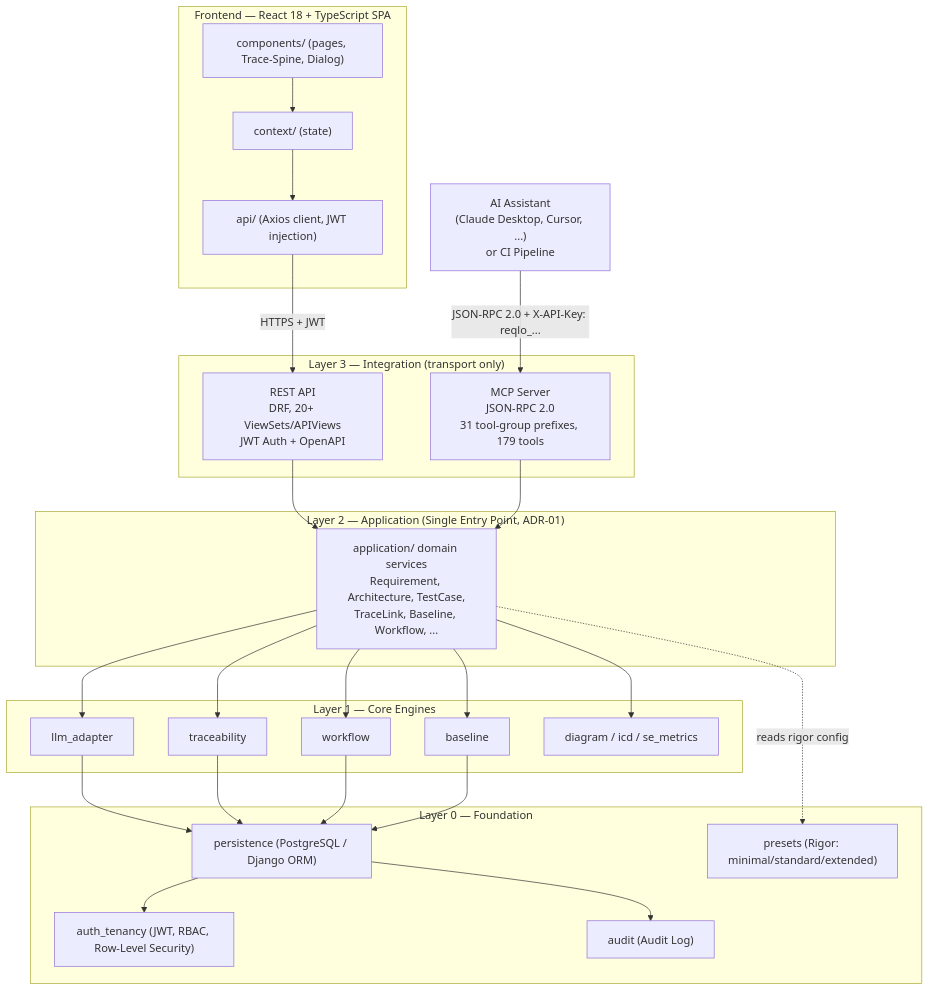
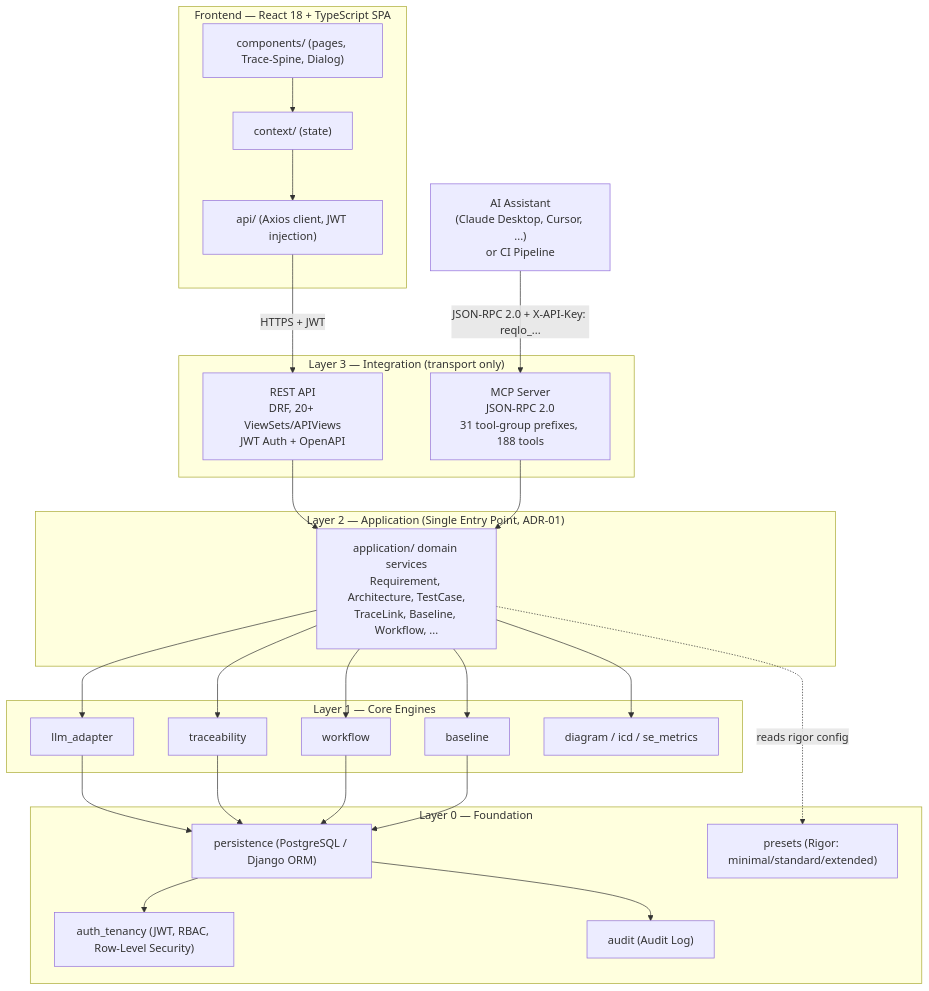
Before and after one commit to Popoboxxo/ReqogniLoom: the first of 3 diagrams in README.md, drawn with Mermaid. The commit also changed other lines of this file and 27 other files, not shown here.

````diff
--- a/README.md
+++ b/README.md
@@ -101,53 +101,53 @@
 ```mermaid
 graph TD
     subgraph FE["Frontend — React 18 + TypeScript SPA"]
         UI["components/ (pages, Trace-Spine, Dialog)"]
         CTX["context/ (state)"]
         APICLIENT["api/ (Axios client, JWT injection)"]
         UI --> CTX --> APICLIENT
     end
 
     EXT["AI Assistant<br/>(Claude Desktop, Cursor, ...)<br/>or CI Pipeline"]
 
     subgraph L3["Layer 3 — Integration (transport only)"]
         REST["REST API<br/>DRF, 20+ ViewSets/APIViews<br/>JWT Auth + OpenAPI"]
-        MCP["MCP Server<br/>JSON-RPC 2.0<br/>31 tool-group prefixes, 179 tools"]
+        MCP["MCP Server<br/>JSON-RPC 2.0<br/>31 tool-group prefixes, 188 tools"]
     end
 
     subgraph L2["Layer 2 — Application (Single Entry Point, ADR-01)"]
         APP["application/ domain services<br/>Requirement, Architecture, TestCase,<br/>TraceLink, Baseline, Workflow, ..."]
     end
 
     subgraph L1["Layer 1 — Core Engines"]
         LLM["llm_adapter"]
         TRACE["traceability"]
         WF["workflow"]
         BASE["baseline"]
         DIAG["diagram / icd / se_metrics"]
     end
 
     subgraph L0["Layer 0 — Foundation"]
         PERSIST["persistence (PostgreSQL / Django ORM)"]
         AUTH["auth_tenancy (JWT, RBAC, Row-Level Security)"]
         PRESET["presets (Rigor: minimal/standard/extended)"]
         AUDIT["audit (Audit Log)"]
     end
 
     APICLIENT -->|"HTTPS + JWT"| REST
     EXT -->|"JSON-RPC 2.0 + X-API-Key: reqlo_..."| MCP
 
     REST --> APP
     MCP --> APP
     APP --> LLM
     APP --> TRACE
     APP --> WF
     APP --> BASE
     APP --> DIAG
     APP -.->|"reads rigor config"| PRESET
     LLM --> PERSIST
     TRACE --> PERSIST
     WF --> PERSIST
     BASE --> PERSIST
     PERSIST --> AUTH
     PERSIST --> AUDIT
 ```
````
